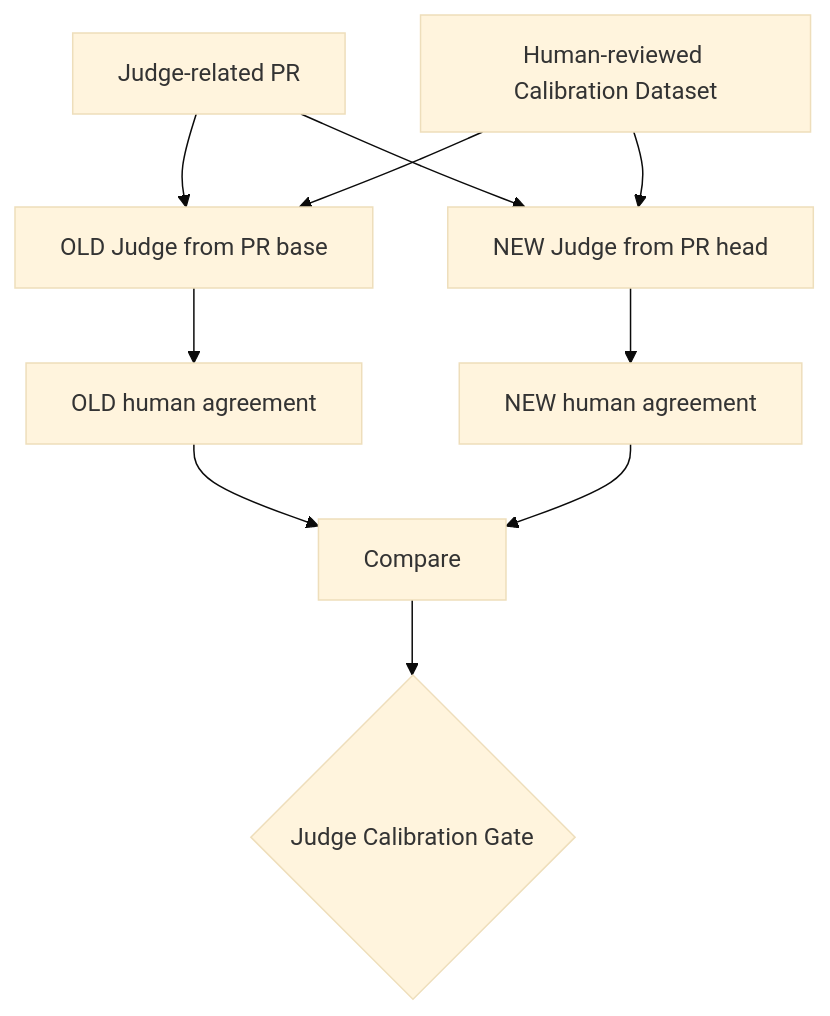
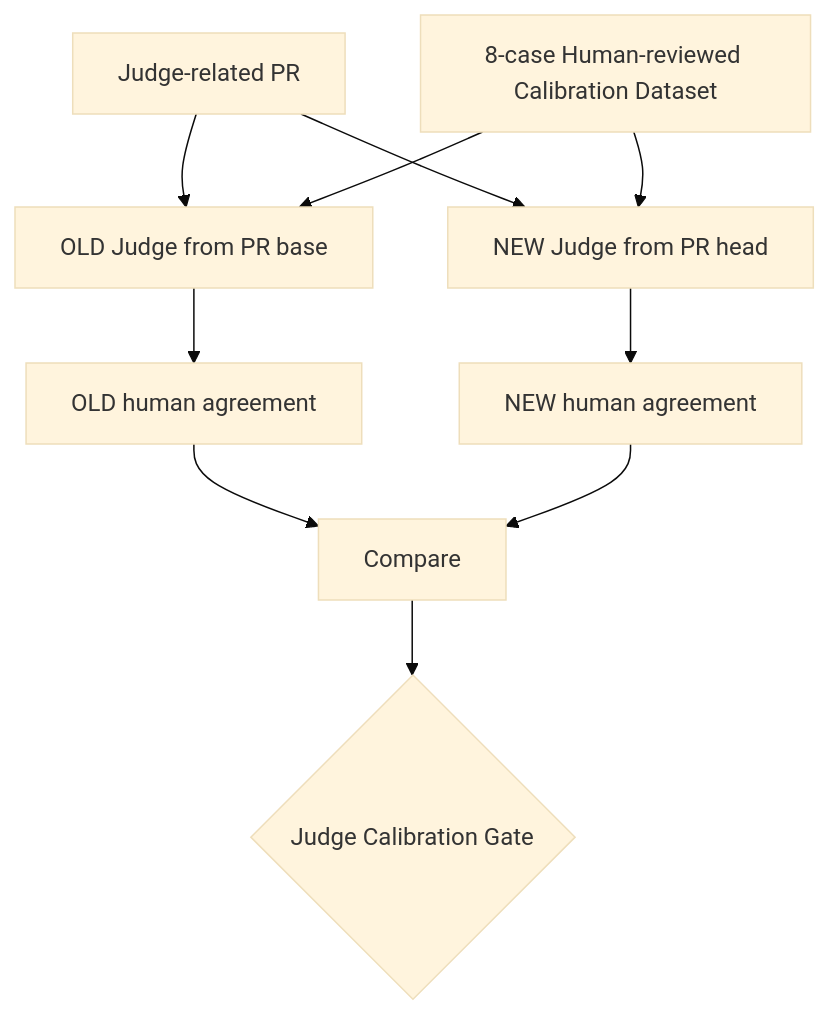
Before and after one commit to oleksandrserhieiev-beep/ai-qe-lab: the third of 3 diagrams in docs/automated_ai_evaluation.md, drawn with Mermaid (base theme). The commit also changed other lines of this file, not shown here.

Commit message:
Align automated evaluation docs with Judge v2 contract

````diff
--- a/docs/automated_ai_evaluation.md
+++ b/docs/automated_ai_evaluation.md
@@ -133,12 +126,12 @@
 ```mermaid
 flowchart TD
-    P[Judge-related PR] --> OLD[OLD Judge from PR base]
-    P --> NEW[NEW Judge from PR head]
-    C[Human-reviewed Calibration Dataset] --> OLD
+    P["Judge-related PR"] --> OLD["OLD Judge from PR base"]
+    P --> NEW["NEW Judge from PR head"]
+    C["8-case Human-reviewed Calibration Dataset"] --> OLD
     C --> NEW
-    OLD --> O[OLD human agreement]
-    NEW --> N[NEW human agreement]
-    O --> CMP[Compare]
+    OLD --> O["OLD human agreement"]
+    NEW --> N["NEW human agreement"]
+    O --> CMP["Compare"]
     N --> CMP
-    CMP --> G{Judge Calibration Gate}
+    CMP --> G{"Judge Calibration Gate"}
 ```
````
